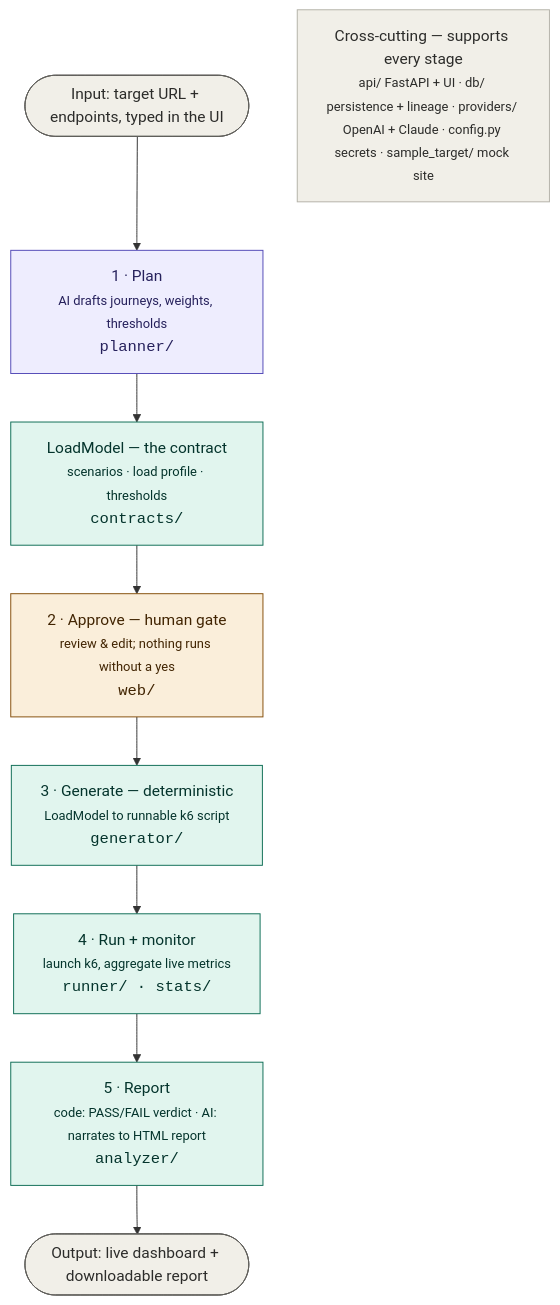
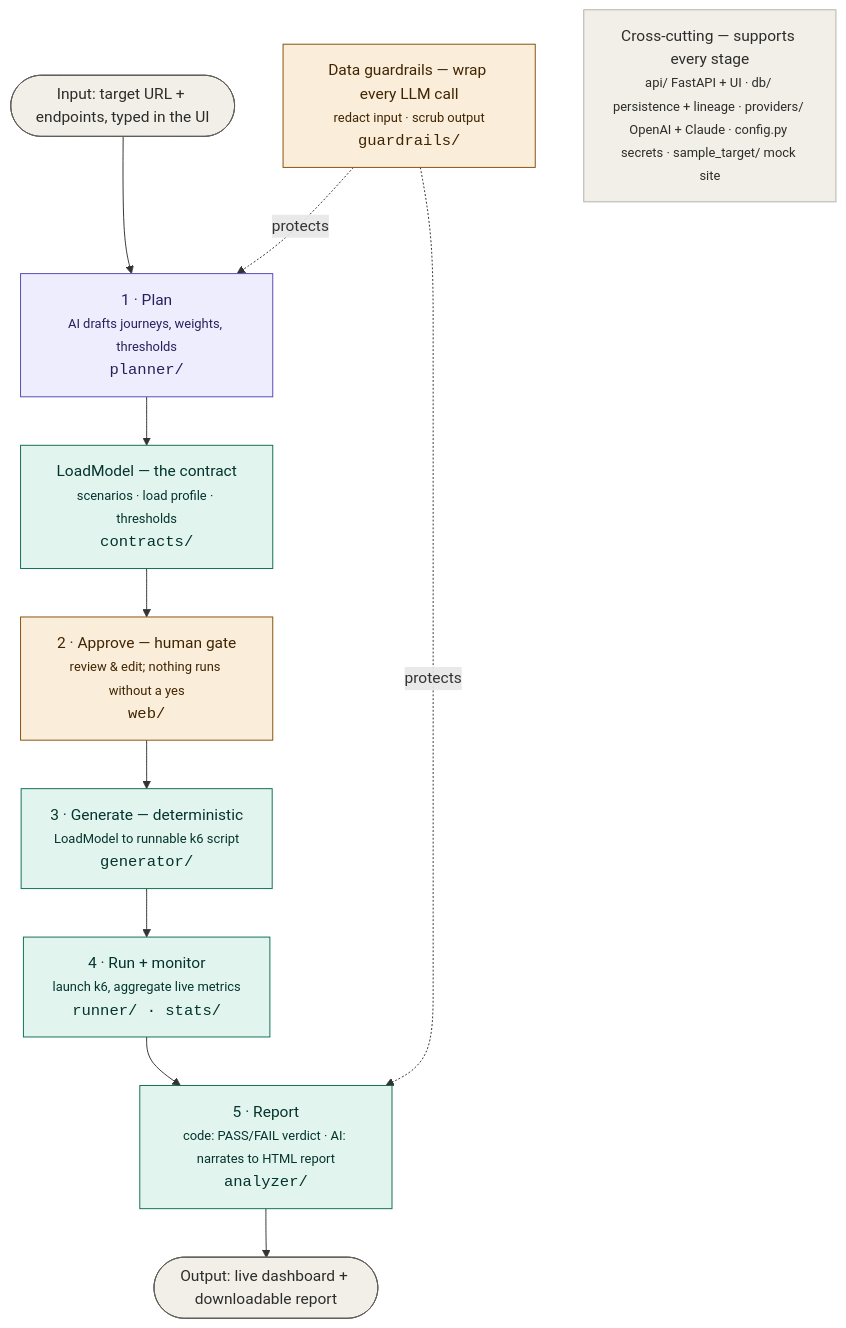
Before and after one commit to karthikrasamsetti/perfagent: the diagram in README.md, drawn with Mermaid. The commit also changed other lines of this file and 27 other files, not shown here.

Commit message:
Add guardrails, AI evaluation, and end-to-end data-file parameterization

````diff
--- a/README.md
+++ b/README.md
@@ -170,28 +254,33 @@
 ```mermaid
 flowchart TD
     IN([Input: target URL + endpoints, typed in the UI])
 
     PLAN["1 · Plan<br/><small>AI drafts journeys, weights, thresholds</small><br/><code>planner/</code>"]
     LM["LoadModel — the contract<br/><small>scenarios · load profile · thresholds</small><br/><code>contracts/</code>"]
     APPROVE["2 · Approve — human gate<br/><small>review & edit; nothing runs without a yes</small><br/><code>web/</code>"]
     GEN["3 · Generate — deterministic<br/><small>LoadModel to runnable k6 script</small><br/><code>generator/</code>"]
     RUN["4 · Run + monitor<br/><small>launch k6, aggregate live metrics</small><br/><code>runner/ · stats/</code>"]
     REPORT["5 · Report<br/><small>code: PASS/FAIL verdict · AI: narrates to HTML report</small><br/><code>analyzer/</code>"]
     OUT([Output: live dashboard + downloadable report])
 
     IN --> PLAN --> LM --> APPROVE --> GEN --> RUN --> REPORT --> OUT
 
+    GUARD["Data guardrails — wrap every LLM call<br/><small>redact input · scrub output</small><br/><code>guardrails/</code>"]
+    GUARD -. protects .-> PLAN
+    GUARD -. protects .-> REPORT
+
     CROSS["Cross-cutting — supports every stage<br/><small>api/ FastAPI + UI · db/ persistence + lineage · providers/ OpenAI + Claude · config.py secrets · sample_target/ mock site</small>"]
 
     classDef ai    fill:#EEEDFE,stroke:#534AB7,color:#26215C;
     classDef code  fill:#E1F5EE,stroke:#0F6E56,color:#04342C;
     classDef gate  fill:#FAEEDA,stroke:#854F0B,color:#412402;
     classDef io    fill:#F1EFE8,stroke:#5F5E5A,color:#2C2C2A;
     classDef cross fill:#F1EFE8,stroke:#B4B2A9,color:#2C2C2A;
 
     class PLAN ai;
     class LM,GEN,RUN,REPORT code;
     class APPROVE gate;
+    class GUARD gate;
     class IN,OUT io;
     class CROSS cross;
 ```
````
